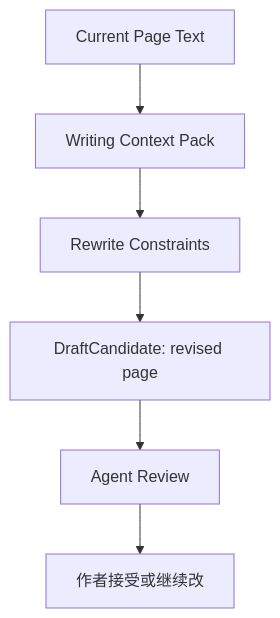
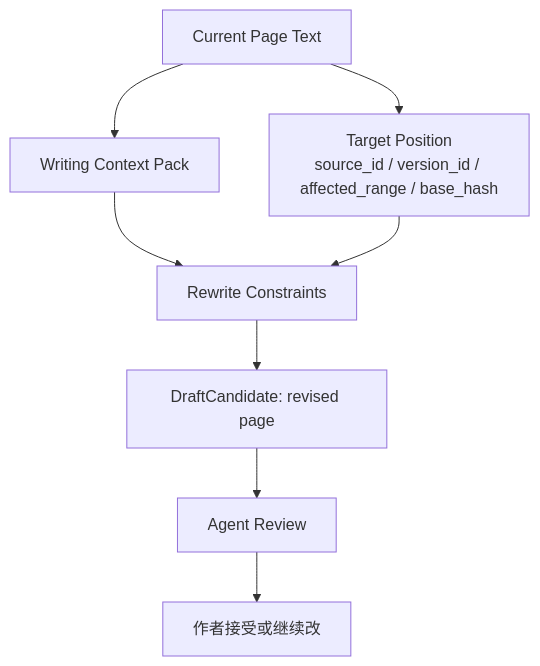
Before and after one commit to FrankQDWang/sextantlabs: the second of 3 diagrams in goals/23-next-page-agent.md, drawn with Mermaid. The commit also changed other lines of this file, not shown here.

Commit message:
Clarify next page draft target and review findings

````diff
--- a/goals/23-next-page-agent.md
+++ b/goals/23-next-page-agent.md
@@ -95,8 +96,10 @@
 ```mermaid
 flowchart TD
     A[Current Page Text] --> B[Writing Context Pack]
-    B --> C[Rewrite Constraints]
-    C --> D[DraftCandidate: revised page]
-    D --> E[Agent Review]
-    E --> F[作者接受或继续改]
+    A --> C[Target Position\nsource_id / version_id / affected_range / base_hash]
+    B --> D[Rewrite Constraints]
+    C --> D
+    D --> E[DraftCandidate: revised page]
+    E --> F[Agent Review]
+    F --> G[作者接受或继续改]
 ```
````
